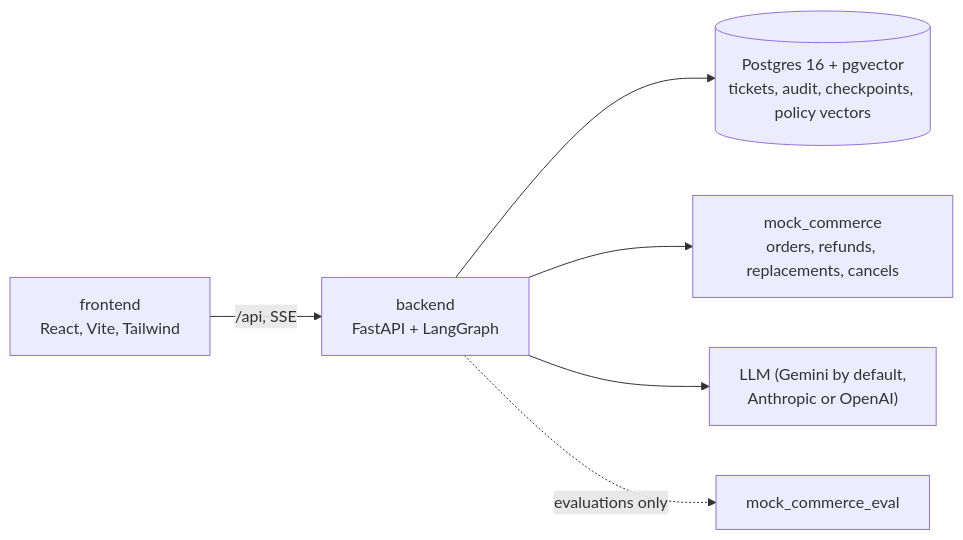
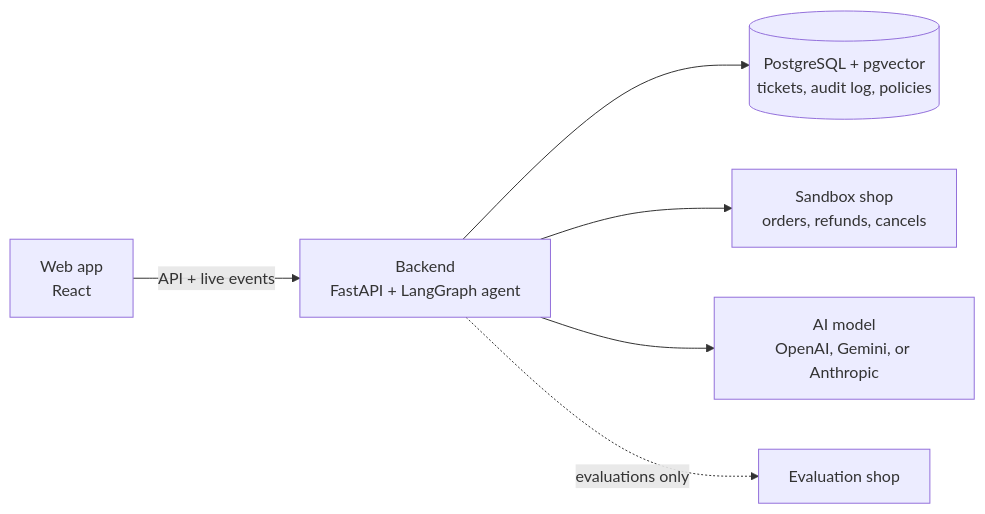
One commit to ketki-mude/SupportPilot-AI-customer-support-resolution-agent changed the second of 2 diagrams in README.md. Above: the diagram before and after it, drawn with Mermaid. The commit also changed other lines of this file and 47 other files, not shown here.

````diff
--- a/README.md
+++ b/README.md
@@ -30,8 +90,8 @@
 ```mermaid
 flowchart LR
-    web["frontend<br/>React, Vite, Tailwind"] -- "/api, SSE" --> api["backend<br/>FastAPI + LangGraph"]
-    api --> db[("Postgres 16 + pgvector<br/>tickets, audit, checkpoints, policy vectors")]
-    api --> shop["mock_commerce<br/>orders, refunds, replacements, cancels"]
-    api --> llm["LLM (Gemini by default,<br/>Anthropic or OpenAI)"]
-    api -. evaluations only .-> evalshop["mock_commerce_eval"]
+    web["Web app<br/>React"] -- "API + live events" --> api["Backend<br/>FastAPI + LangGraph agent"]
+    api --> db[("PostgreSQL + pgvector<br/>tickets, audit log, policies")]
+    api --> shop["Sandbox shop<br/>orders, refunds, cancels"]
+    api --> llm["AI model<br/>OpenAI, Gemini, or Anthropic"]
+    api -. evaluations only .-> evalshop["Evaluation shop"]
 ```
````
